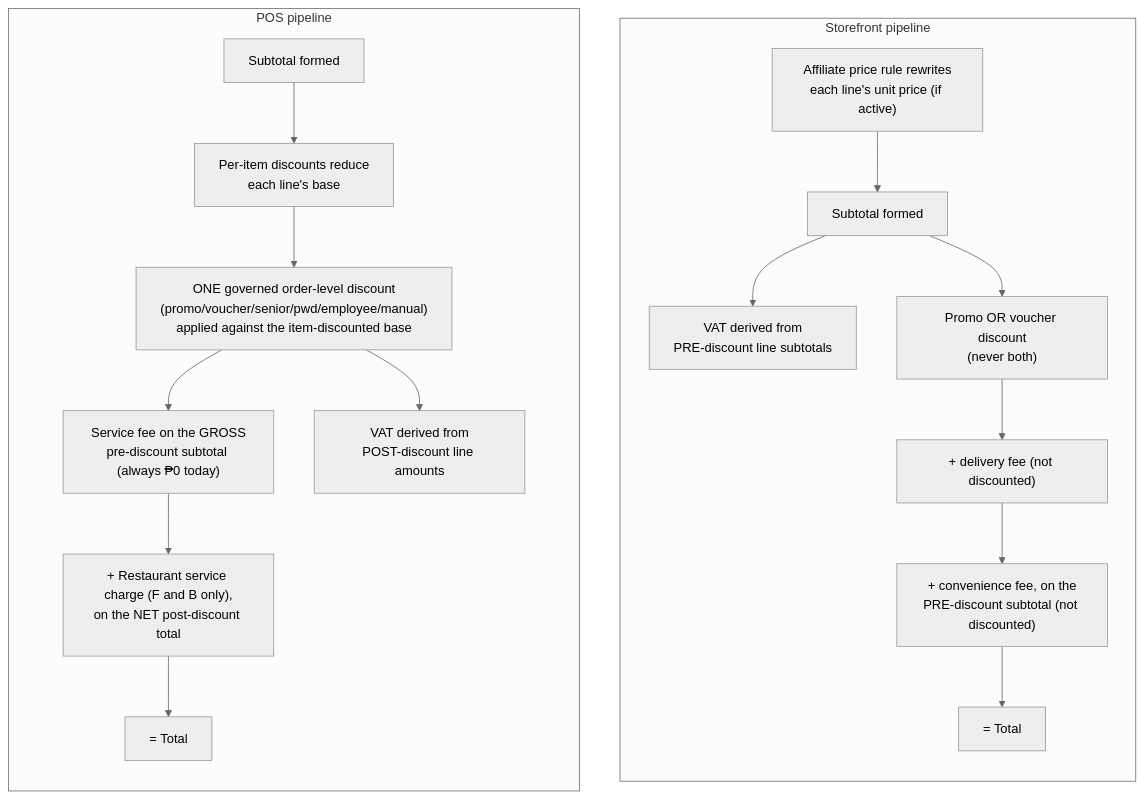
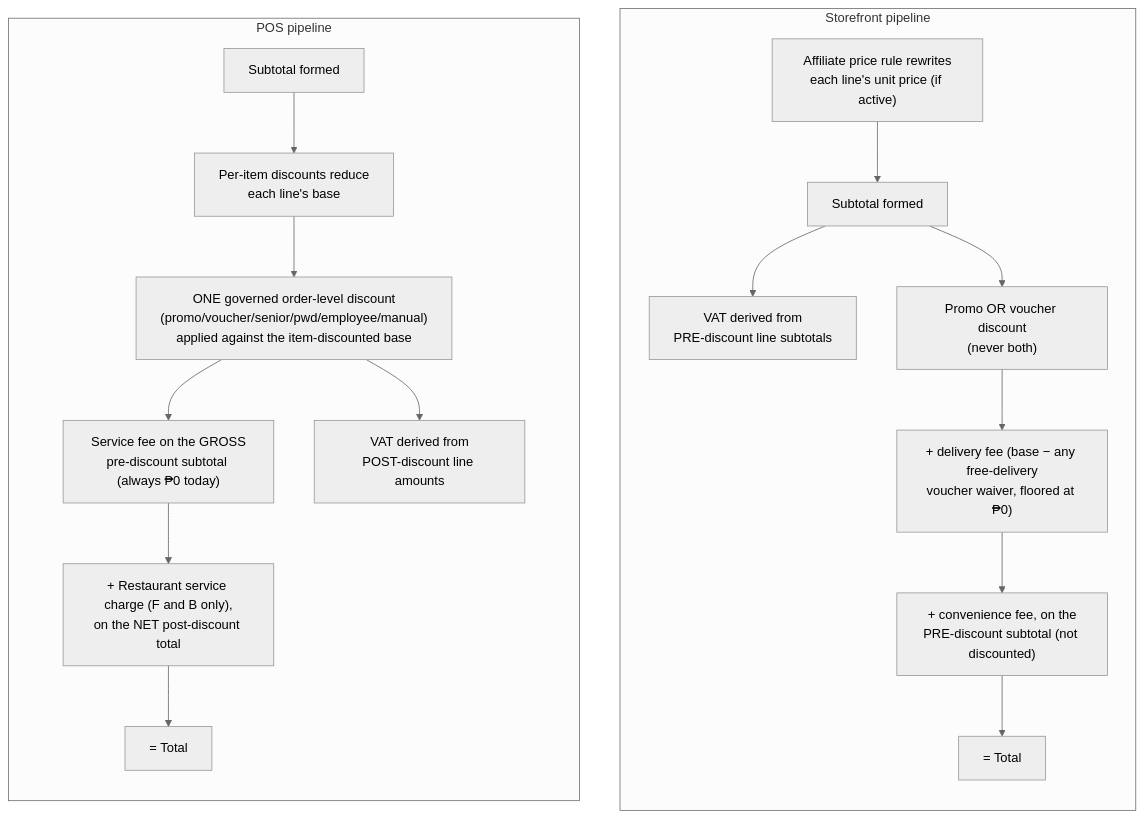
The fourth of 4 diagrams in docs/features/FUNDING_AND_DISCOUNT_STACKING.md (joshh-25/POS-DGFY), drawn with Mermaid (neutral theme) before and after one commit. The commit also changed other lines of this file and 3 other files, not shown here.

First line of the commit message:
docs(adr,features): scope ADR 0066 Decision 8 to the item axis; document the delivery-waiver axis (#1331, epic #1321)

````diff
--- a/docs/features/FUNDING_AND_DISCOUNT_STACKING.md
+++ b/docs/features/FUNDING_AND_DISCOUNT_STACKING.md
@@ -464,22 +483,22 @@
 ```mermaid
 flowchart TD
     subgraph SF["Storefront pipeline"]
         direction TB
         SF1["Affiliate price rule rewrites<br/>each line's unit price (if active)"] --> SF2["Subtotal formed"]
         SF2 --> SF3["VAT derived from<br/>PRE-discount line subtotals"]
         SF2 --> SF4["Promo OR voucher discount<br/>(never both)"]
-        SF4 --> SF5["+ delivery fee (not discounted)"]
+        SF4 --> SF5["+ delivery fee (base − any free-delivery<br/>voucher waiver, floored at ₱0)"]
         SF5 --> SF6["+ convenience fee, on the<br/>PRE-discount subtotal (not discounted)"]
         SF6 --> SF7["= Total"]
     end
 
     subgraph POS["POS pipeline"]
         direction TB
         P1["Subtotal formed"] --> P2["Per-item discounts reduce<br/>each line's base"]
         P2 --> P3["ONE governed order-level discount<br/>(promo/voucher/senior/pwd/employee/manual)<br/>applied against the item-discounted base"]
         P3 --> P4["Service fee on the GROSS<br/>pre-discount subtotal (always ₱0 today)"]
         P4 --> P5["+ Restaurant service charge (F and B only),<br/>on the NET post-discount total"]
         P5 --> P6["= Total"]
         P3 --> P7["VAT derived from<br/>POST-discount line amounts"]
     end
 ```
````
